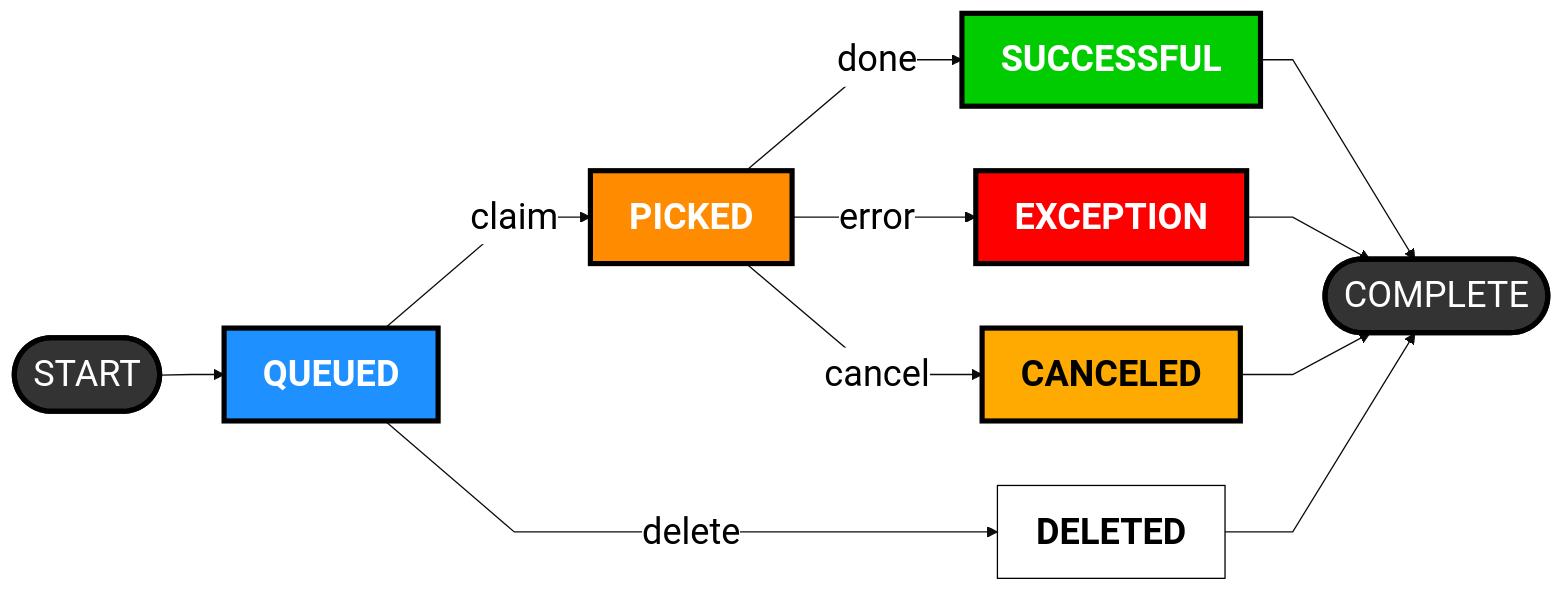
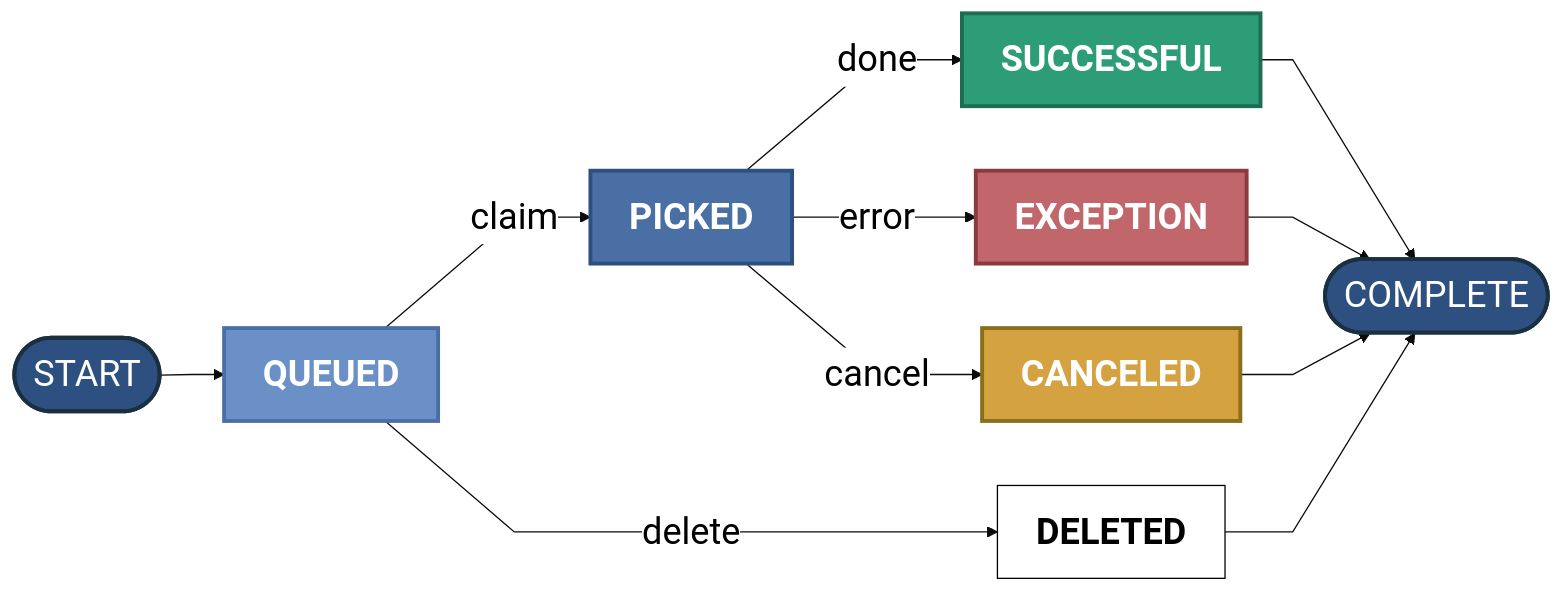
The diagram in docs/guides/completion-tracking.md (janbjorge/pgqueuer), drawn with Mermaid before and after one commit. The commit also changed 2 other files, not shown here.

Commit message:
docs: fix diagram colors to match PgQueuer brand palette
Replaced jarring neon colors with cohesive, professional color scheme:
- Light slate blue (#6B8FC7) for queued/waiting states
- Brand blue (#4A6FA5) for picked/processing states
- Muted teal (#2D9D78) for successful states
- Muted burgundy (#C1666B) for exception/error states
- Muted amber (#D4A240) for canceled/decision states
- Dark blue (#2E5080) for database/terminal states

All colors now complement the PgQueuer brand identity and page design.
Text remains bold 24-28px for legibility.

````diff
--- a/docs/guides/completion-tracking.md
+++ b/docs/guides/completion-tracking.md
@@ -27,28 +27,28 @@
 ```mermaid
-%%{init: {'flowchart': {'htmlLabels': true, 'curve': 'linear'}, 'theme': 'base', 'themeVariables': {'primaryColor':'#fff', 'primaryTextColor':'#000', 'primaryBorderColor':'#000', 'fontSize': '28px', 'fontFamily': 'Arial, sans-serif'}}}%%
+%%{init: {'flowchart': {'htmlLabels': true, 'curve': 'linear'}, 'theme': 'base', 'themeVariables': {'primaryColor':'#fff', 'primaryTextColor':'#000', 'primaryBorderColor':'#000', 'fontSize': '28px', 'fontFamily': 'Inter, sans-serif'}}}%%
 flowchart LR
     Start(["START"]) --> Queued["<b style='font-size:28px'>QUEUED</b>"]
     Queued -->|"claim"| Picked["<b style='font-size:28px'>PICKED</b>"]
     Queued -->|"delete"| Deleted["<b style='font-size:28px'>DELETED</b>"]
     Picked -->|"done"| Success["<b style='font-size:28px'>SUCCESSFUL</b>"]
     Picked -->|"error"| Exception["<b style='font-size:28px'>EXCEPTION</b>"]
     Picked -->|"cancel"| Canceled["<b style='font-size:28px'>CANCELED</b>"]
     Success --> End(["COMPLETE"])
     Exception --> End
     Canceled --> End
     Deleted --> End
 
-    classDef queuedStyle fill:#1e90ff,stroke:#000,stroke-width:4px,color:#fff
-    classDef pickedStyle fill:#ff8c00,stroke:#000,stroke-width:4px,color:#fff
-    classDef successStyle fill:#00cc00,stroke:#000,stroke-width:4px,color:#fff
-    classDef exceptionStyle fill:#ff0000,stroke:#000,stroke-width:4px,color:#fff
-    classDef canceledStyle fill:#ffaa00,stroke:#000,stroke-width:4px,color:#000
-    classDef terminalStyle fill:#333,stroke:#000,stroke-width:4px,color:#fff
+    classDef queuedStyle fill:#6B8FC7,stroke:#4A6FA5,stroke-width:3px,color:#fff
+    classDef pickedStyle fill:#4A6FA5,stroke:#2E5080,stroke-width:3px,color:#fff
+    classDef successStyle fill:#2D9D78,stroke:#1d6d55,stroke-width:3px,color:#fff
+    classDef exceptionStyle fill:#C1666B,stroke:#8b3a3f,stroke-width:3px,color:#fff
+    classDef canceledStyle fill:#D4A240,stroke:#8b6e1a,stroke-width:3px,color:#fff
+    classDef terminalStyle fill:#2E5080,stroke:#1a2f40,stroke-width:3px,color:#fff
 
     class Queued queuedStyle
     class Picked pickedStyle
     class Success successStyle
     class Exception exceptionStyle
     class Canceled canceledStyle
     class Start,End terminalStyle
 ```
````
